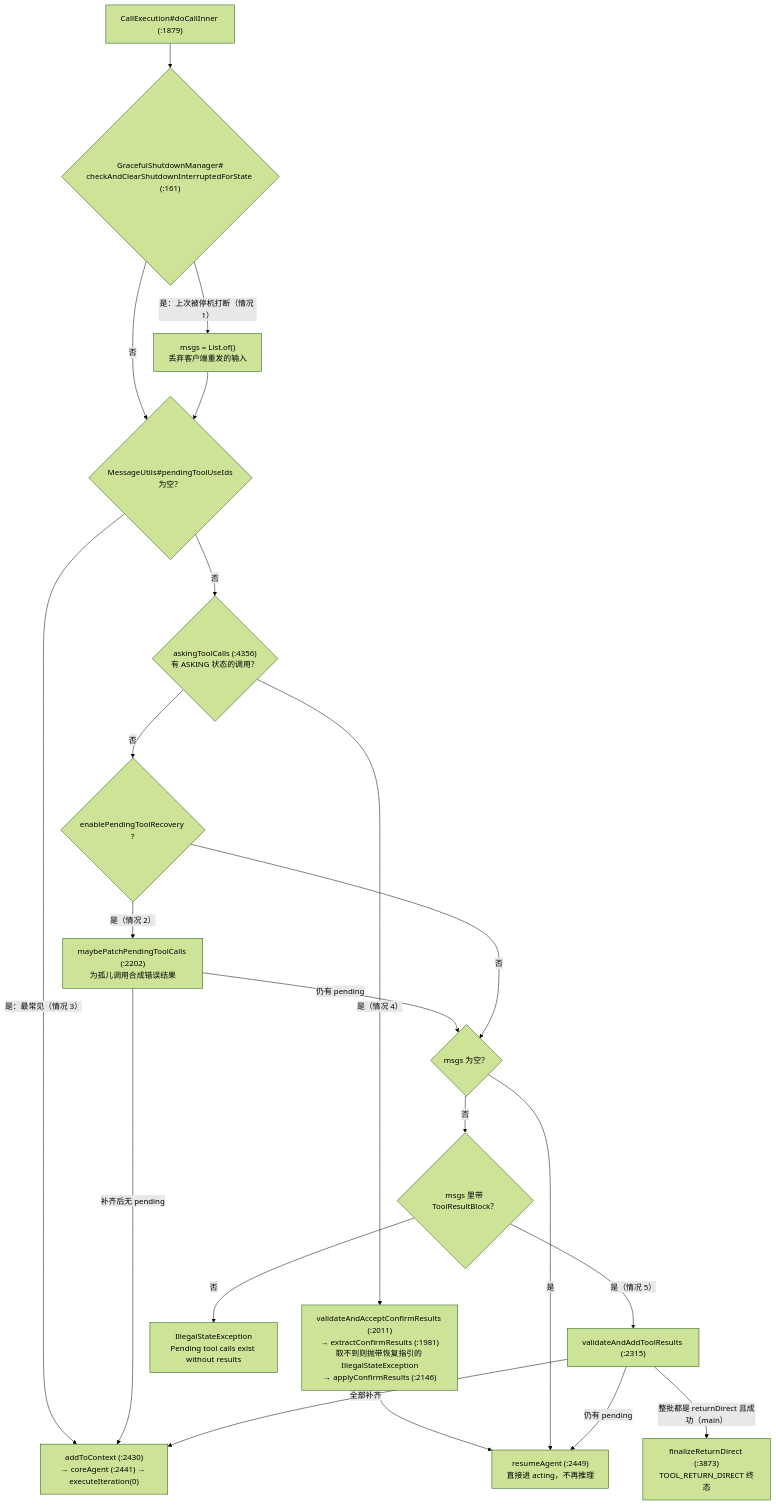
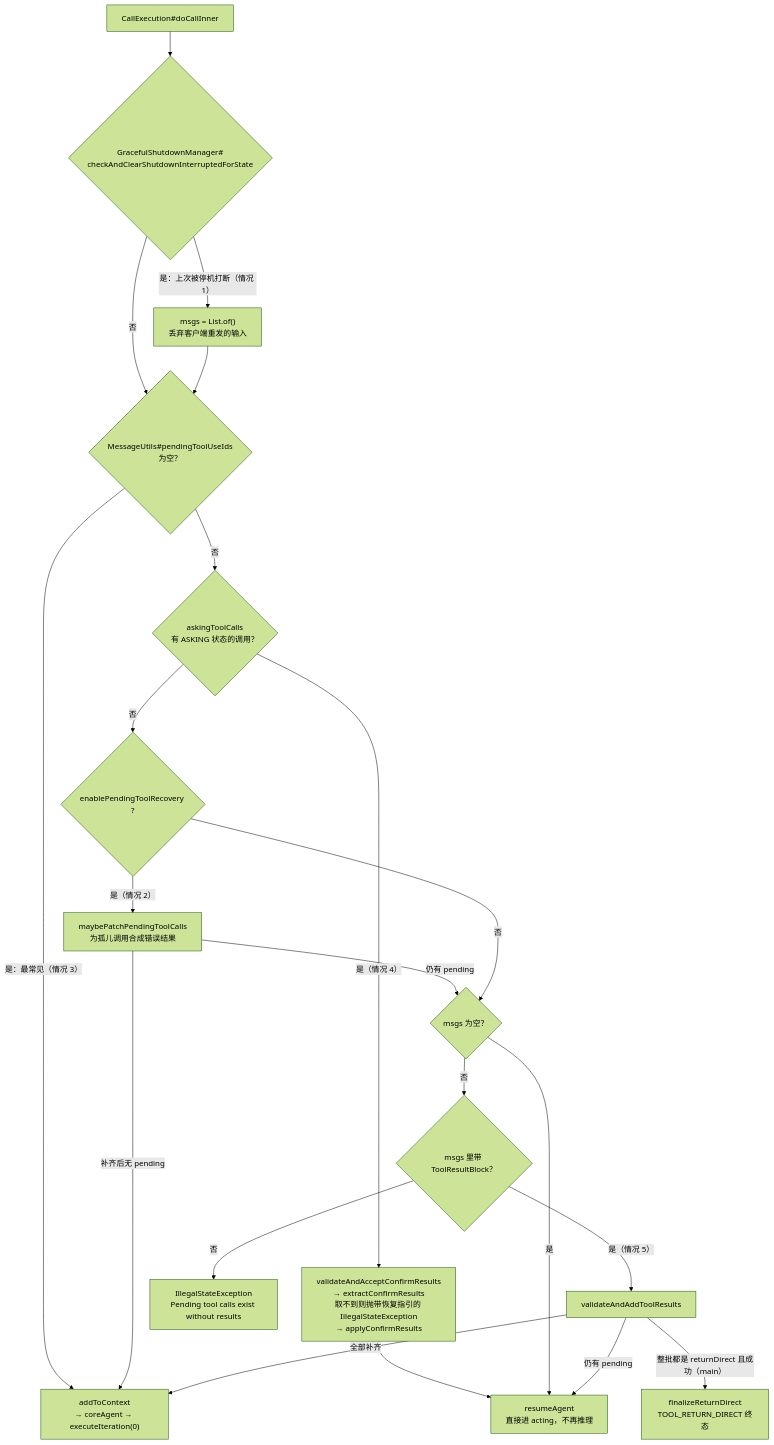
One commit to liulangjietou/AgentScope-source-analysis changed the second of 6 diagrams in 03-ReAct主循环.md. Above: the diagram before and after it, drawn with Mermaid (forest theme). The commit also changed other lines of this file and 13 other files, not shown here.

Commit message:
docs: align source guide and diagrams with main dcb131a3

````diff
--- a/03-ReAct主循环.md
+++ b/03-ReAct主循环.md
@@ -97,23 +106,23 @@
 ```mermaid
 flowchart TB
-    DCI["CallExecution#doCallInner (:1879)"] --> SD{"GracefulShutdownManager#<br/>checkAndClearShutdownInterruptedForState (:161)"}
+    DCI["CallExecution#doCallInner"] --> SD{"GracefulShutdownManager#<br/>checkAndClearShutdownInterruptedForState"}
     SD -->|"是：上次被停机打断（情况 1）"| DROP["msgs = List.of()<br/>丢弃客户端重发的输入"]
     SD -->|"否"| P
     DROP --> P{"MessageUtils#pendingToolUseIds<br/>为空？"}
-    P -->|"是：最常见（情况 3）"| NORMAL["addToContext (:2430)<br/>→ coreAgent (:2441) → executeIteration(0)"]
-    P -->|"否"| ASK{"askingToolCalls (:4356)<br/>有 ASKING 状态的调用？"}
-    ASK -->|"是（情况 4）"| CONF["validateAndAcceptConfirmResults (:2011)<br/>→ extractConfirmResults (:1981)<br/>取不到则抛带恢复指引的 IllegalStateException<br/>→ applyConfirmResults (:2146)"]
-    CONF --> RESUME["resumeAgent (:2449)<br/>直接进 acting，不再推理"]
+    P -->|"是：最常见（情况 3）"| NORMAL["addToContext<br/>→ coreAgent → executeIteration(0)"]
+    P -->|"否"| ASK{"askingToolCalls<br/>有 ASKING 状态的调用？"}
+    ASK -->|"是（情况 4）"| CONF["validateAndAcceptConfirmResults<br/>→ extractConfirmResults<br/>取不到则抛带恢复指引的 IllegalStateException<br/>→ applyConfirmResults"]
+    CONF --> RESUME["resumeAgent<br/>直接进 acting，不再推理"]
     ASK -->|"否"| REC{"enablePendingToolRecovery ?"}
-    REC -->|"是（情况 2）"| PATCH["maybePatchPendingToolCalls (:2202)<br/>为孤儿调用合成错误结果"]
+    REC -->|"是（情况 2）"| PATCH["maybePatchPendingToolCalls<br/>为孤儿调用合成错误结果"]
     PATCH -->|"补齐后无 pending"| NORMAL
     PATCH -->|"仍有 pending"| EMPTY
     REC -->|"否"| EMPTY{"msgs 为空？"}
     EMPTY -->|"是"| RESUME
     EMPTY -->|"否"| TR{"msgs 里带 ToolResultBlock？"}
-    TR -->|"是（情况 5）"| VAL["validateAndAddToolResults (:2315)"]
-    VAL -->|"整批都是 returnDirect 且成功（main）"| RD["finalizeReturnDirect (:3873)<br/>TOOL_RETURN_DIRECT 终态"]
+    TR -->|"是（情况 5）"| VAL["validateAndAddToolResults"]
+    VAL -->|"整批都是 returnDirect 且成功（main）"| RD["finalizeReturnDirect<br/>TOOL_RETURN_DIRECT 终态"]
     VAL -->|"仍有 pending"| RESUME
     VAL -->|"全部补齐"| NORMAL
     TR -->|"否"| THROW["IllegalStateException<br/>Pending tool calls exist without results"]
 ```
````
